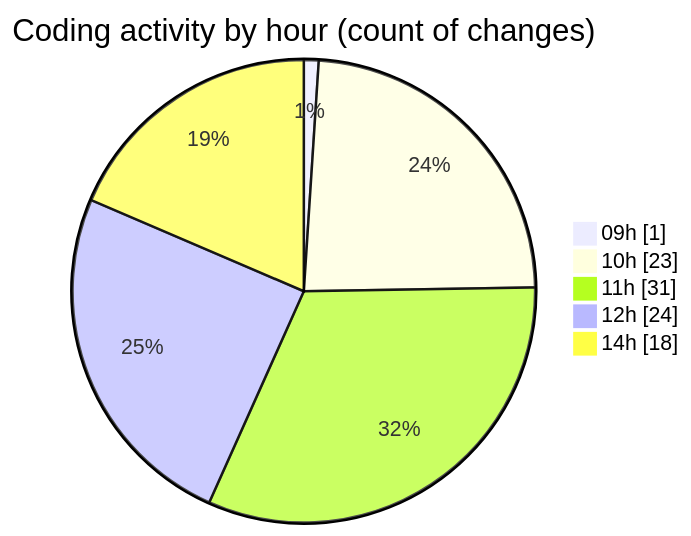
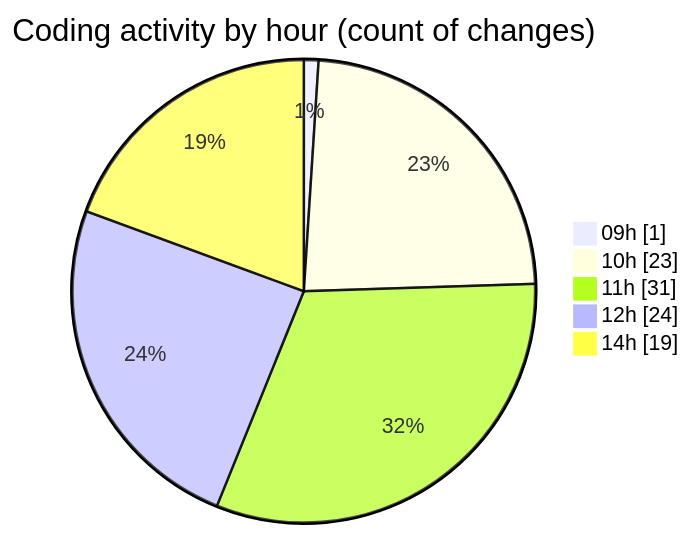
Before and after one commit to momahboobian/code-tracking: the second of 2 diagrams in 2026-10-20/cda/README.md, drawn with Mermaid. The commit also changed other lines of this file and 1 other file, not shown here.

````diff
--- a/2026-10-20/cda/README.md
+++ b/2026-10-20/cda/README.md
@@ -44,9 +44,9 @@
 ```mermaid
 pie showData
 title Coding activity by hour (count of changes)
 "09h" : 1
 "10h" : 23
 "11h" : 31
 "12h" : 24
-"14h" : 18
+"14h" : 19
 ```
````
